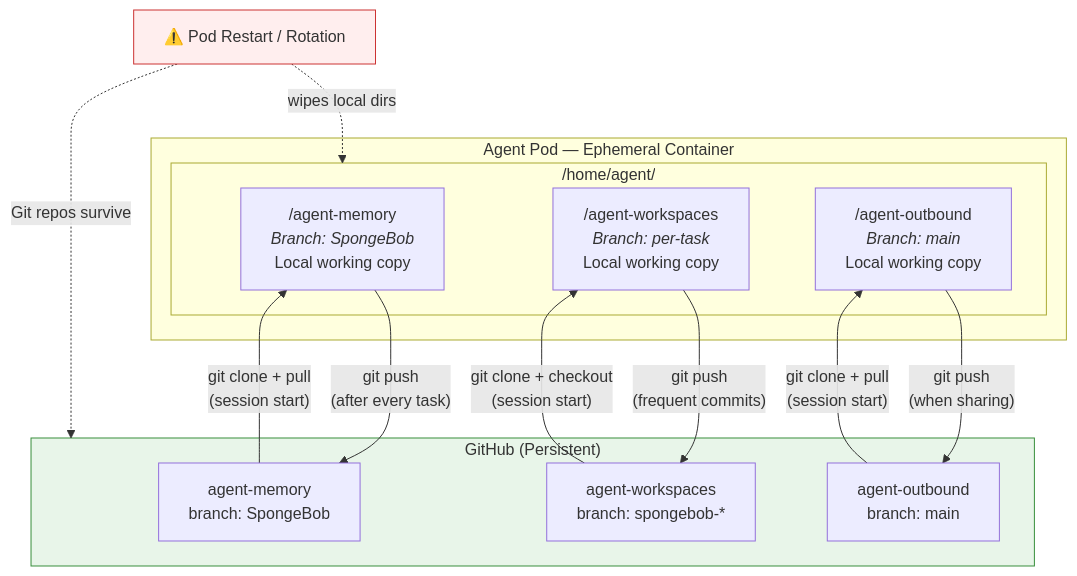
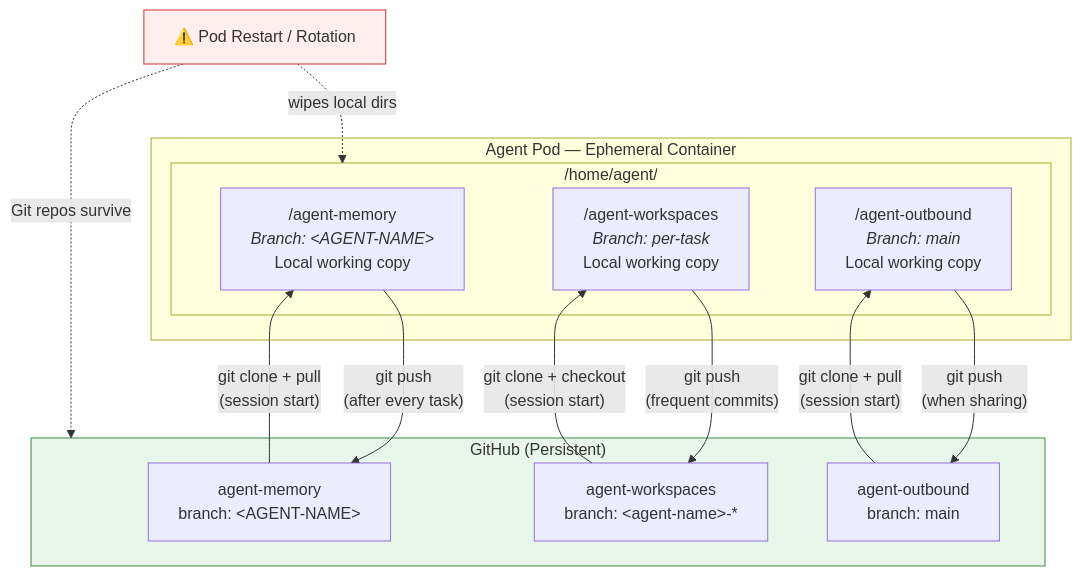
Before and after one commit to juntinyeh-worker/agent-outbound: the second of 11 diagrams in worker-agent-workflow.md, drawn with Mermaid. The commit also changed other lines of this file, not shown here.

Commit message:
docs: generalize worker-agent-workflow — replace SpongeBob with <AGENT-NAME>

````diff
--- a/worker-agent-workflow.md
+++ b/worker-agent-workflow.md
@@ -42,31 +42,31 @@
 ```mermaid
 graph TB
     subgraph POD["Agent Pod — Ephemeral Container"]
         subgraph LOCAL["/home/agent/"]
-            LM["/agent-memory<br/><i>Branch: SpongeBob</i><br/>Local working copy"]
+            LM["/agent-memory<br/><i>Branch: &lt;AGENT-NAME&gt;</i><br/>Local working copy"]
             LW["/agent-workspaces<br/><i>Branch: per-task</i><br/>Local working copy"]
             LO["/agent-outbound<br/><i>Branch: main</i><br/>Local working copy"]
         end
     end
 
     subgraph GIT["GitHub (Persistent)"]
-        GM["agent-memory<br/>branch: SpongeBob"]
-        GW["agent-workspaces<br/>branch: spongebob-*"]
+        GM["agent-memory<br/>branch: &lt;AGENT-NAME&gt;"]
+        GW["agent-workspaces<br/>branch: &lt;agent-name&gt;-*"]
         GO["agent-outbound<br/>branch: main"]
     end
 
     LM -->|"git push<br/>(after every task)"| GM
     GM -->|"git clone + pull<br/>(session start)"| LM
 
     LW -->|"git push<br/>(frequent commits)"| GW
     GW -->|"git clone + checkout<br/>(session start)"| LW
 
     LO -->|"git push<br/>(when sharing)"| GO
     GO -->|"git clone + pull<br/>(session start)"| LO
 
     RESTART["⚠️ Pod Restart / Rotation"] -.->|"wipes local dirs"| LOCAL
     RESTART -.->|"Git repos survive"| GIT
 
     style RESTART fill:#fee,stroke:#c33
     style GIT fill:#e8f5e9,stroke:#388e3c
 ```
````
